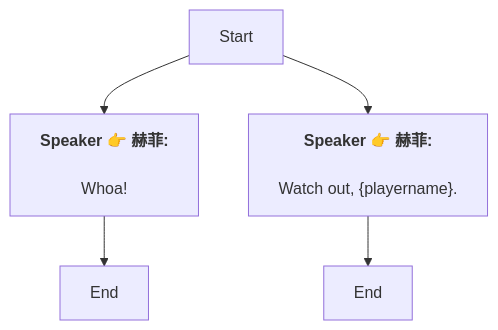
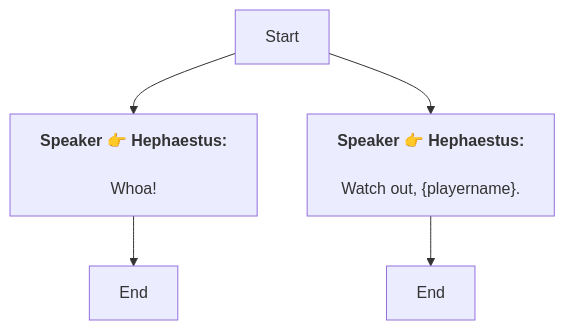
The diagram in Zh/Heart_4_1_6_5.md (SoftHu/tos_avg), drawn with Mermaid before and after one commit. The commit also changed 737 other files, not shown here.

````diff
--- a/Zh/Heart_4_1_6_5.md
+++ b/Zh/Heart_4_1_6_5.md
@@ -1,14 +1,11 @@
 ```mermaid
 graph
-Start -->1772329509187768[<b>Speaker 👉 赫菲:</b>
-
-Whoa! 
-
+Start -->1772329509187768[<b>Speaker 👉 Hephaestus:</b>
+\nWhoa! 
 ]
 1772329509187768 -->1772330513806437[End]
-Start -->1772330532801639[<b>Speaker 👉 赫菲:</b>
-
-Watch out, &lbrace;playername&rbrace;. ]
+Start -->1772330532801639[<b>Speaker 👉 Hephaestus:</b>
+\nWatch out, &lbrace;playername&rbrace;. ]
 1772330532801639 -->1772330548528232[End]
 
- ```
+```
````
